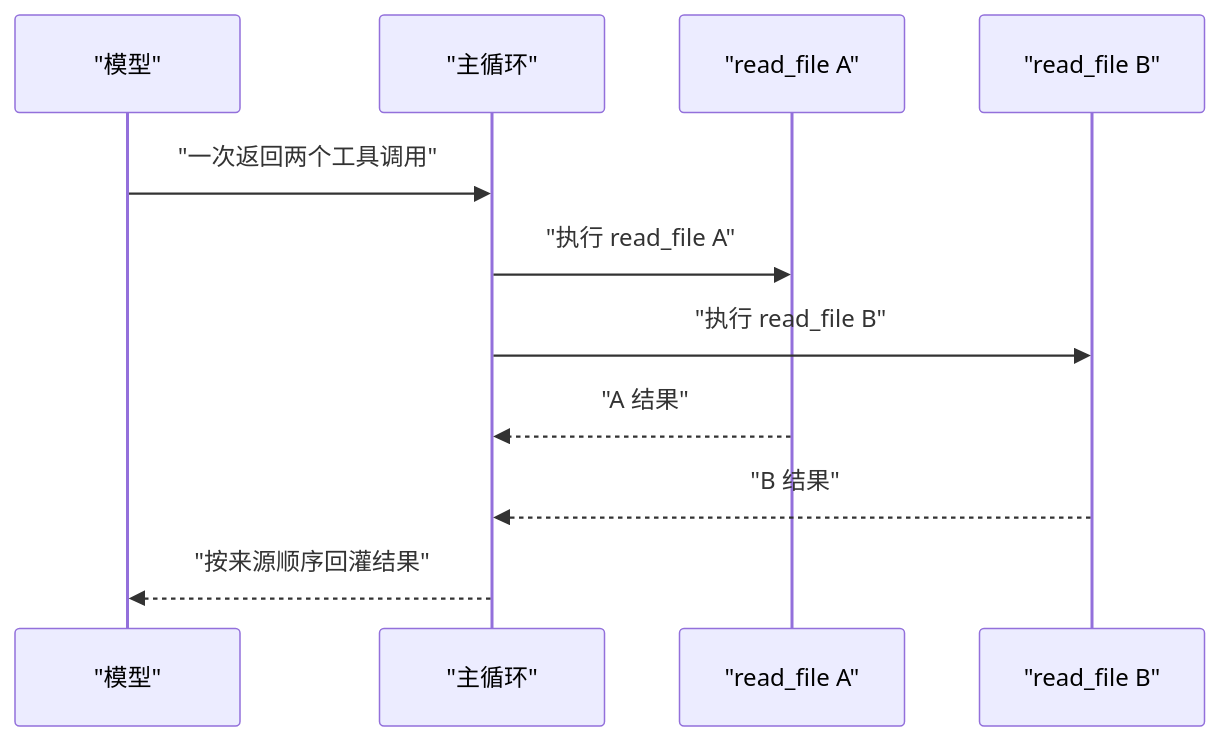
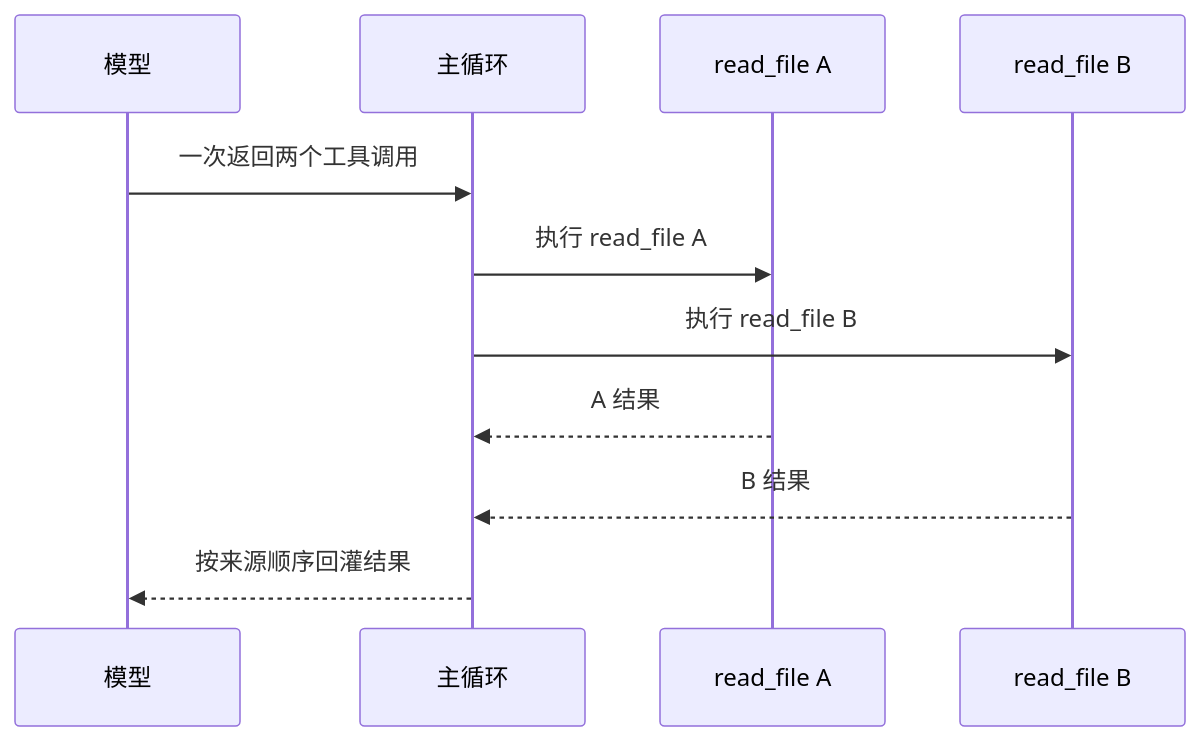
One commit to Shyu-x/frontend-interview changed the seventh of 7 diagrams in docs/minicode/day3-agent-loop-and-tools.md. Above: the diagram before and after it, drawn with Mermaid. The commit also changed other lines of this file and 23 other files, not shown here.

First line of the commit message:
fix(docs): 修复 28 张无法渲染的 Mermaid 图，新增真实解析器校验与 PDF 下载页

````diff
--- a/docs/minicode/day3-agent-loop-and-tools.md
+++ b/docs/minicode/day3-agent-loop-and-tools.md
@@ -1106,13 +1112,13 @@
 ```mermaid
 sequenceDiagram
-  participant M as "模型"
-  participant L as "主循环"
-  participant T1 as "read_file A"
-  participant T2 as "read_file B"
-  M->>L: "一次返回两个工具调用"
-  L->>T1: "执行 read_file A"
-  L->>T2: "执行 read_file B"
-  T1-->>L: "A 结果"
-  T2-->>L: "B 结果"
-  L-->>M: "按来源顺序回灌结果"
+  participant M as 模型
+  participant L as 主循环
+  participant T1 as read_file A
+  participant T2 as read_file B
+  M->>L: 一次返回两个工具调用
+  L->>T1: 执行 read_file A
+  L->>T2: 执行 read_file B
+  T1-->>L: A 结果
+  T2-->>L: B 结果
+  L-->>M: 按来源顺序回灌结果
 ```
````
